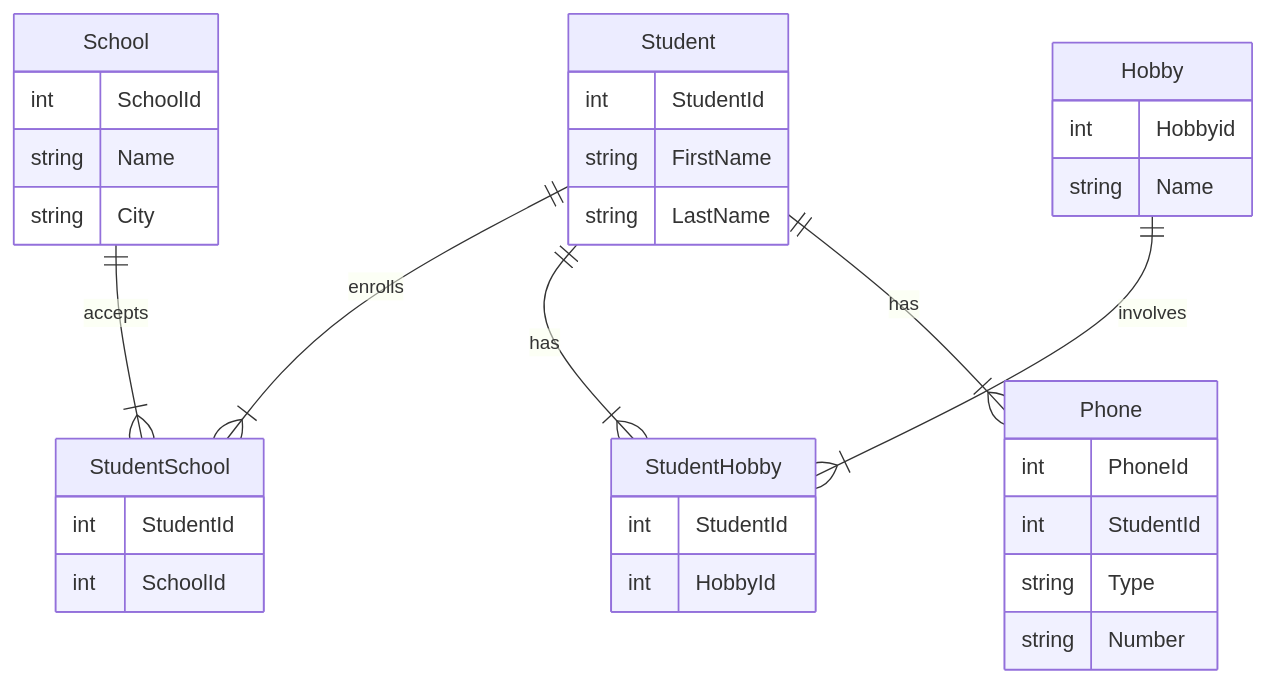
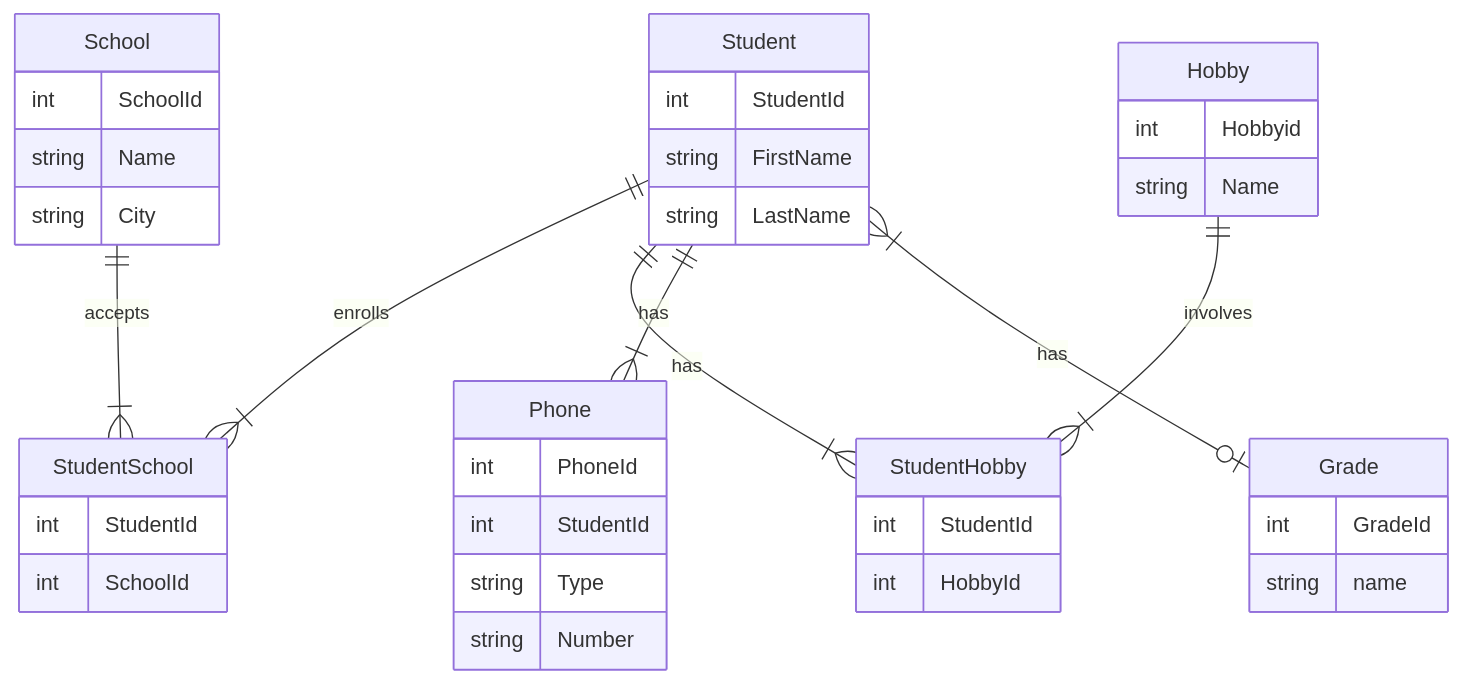
The diagram in README.md (samkseg/db2022), drawn with Mermaid before and after one commit.

Commit message:
Updated ER Diagram

````diff
--- a/README.md
+++ b/README.md
@@ -6,43 +6,49 @@
 ```mermaid
 erDiagram
     Student ||--|{ StudentSchool : enrolls
     School ||--|{ StudentSchool : accepts
     Student ||--|{ StudentHobby : has
     Hobby ||--|{ StudentHobby : involves
     Student ||--|{ Phone : has
+    Student }|--o| Grade : has
        
 
     Hobby {
     	int Hobbyid
 	string Name
     }
 
     Phone {
     	int PhoneId
 	int StudentId
 	string Type
 	string Number
     }
 
     StudentHobby {
 	  int StudentId
 	  int HobbyId 
     }
 
     StudentSchool {
         int StudentId
         int SchoolId
     }
 
     Student {
         int StudentId
         string FirstName
         string LastName
     }
 
     School {
         int SchoolId
         string Name
         string City
     }
+
+    Grade {
+        int GradeId
+        string name
+    }
 ```
````
